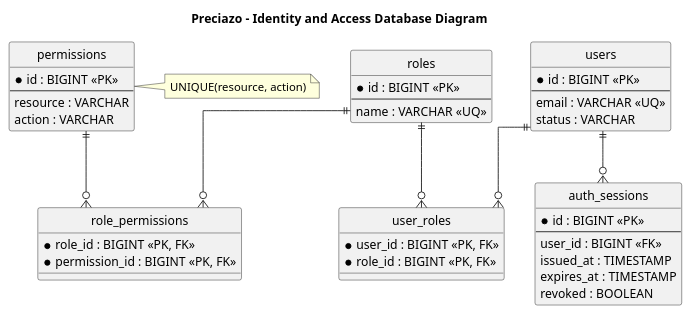
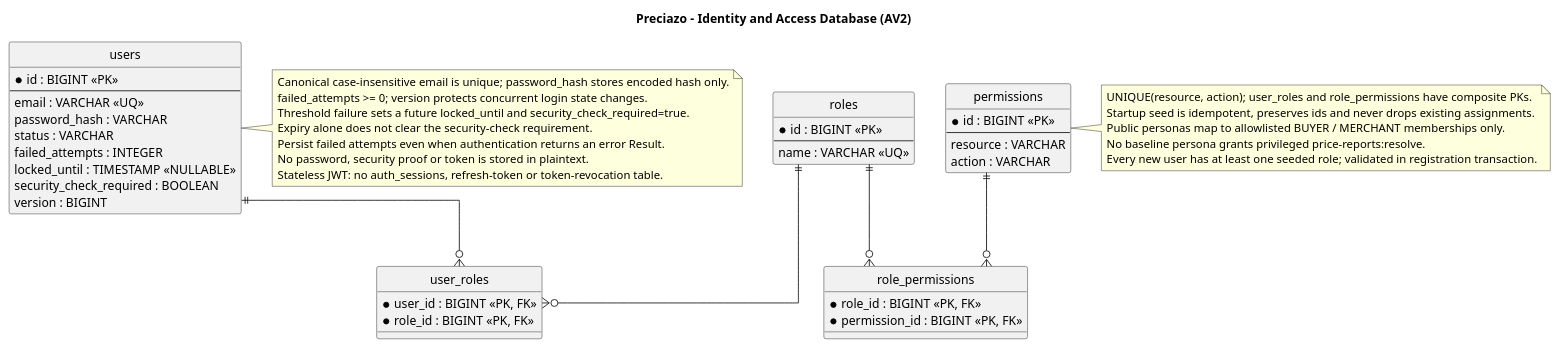
Before and after one commit to Open-Source-1ASI0729-2620-7750/preciazo-report: the diagram in docs/architecture/database/identity-access.puml, drawn with PlantUML. The commit also changed 13 other files, not shown here.

Commit message:
docs(identity): align authentication and access design

```diff
--- a/docs/architecture/database/identity-access.puml
+++ b/docs/architecture/database/identity-access.puml
@@ -1,57 +1,64 @@
 @startuml Preciazo_DB_Identity_Access
-
-title Preciazo - Identity and Access Database Diagram
-
+title Preciazo - Identity and Access Database (AV2)
 hide circle
 skinparam linetype ortho
 
 entity users {
     * id : BIGINT <<PK>>
     --
     email : VARCHAR <<UQ>>
+    password_hash : VARCHAR
     status : VARCHAR
+    failed_attempts : INTEGER
+    locked_until : TIMESTAMP <<NULLABLE>>
+    security_check_required : BOOLEAN
+    version : BIGINT
 }
 
 entity roles {
     * id : BIGINT <<PK>>
     --
     name : VARCHAR <<UQ>>
 }
 
 entity permissions {
     * id : BIGINT <<PK>>
     --
     resource : VARCHAR
     action : VARCHAR
 }
 
 entity user_roles {
     * user_id : BIGINT <<PK, FK>>
     * role_id : BIGINT <<PK, FK>>
 }
 
 entity role_permissions {
     * role_id : BIGINT <<PK, FK>>
     * permission_id : BIGINT <<PK, FK>>
 }
 
-entity auth_sessions {
-    * id : BIGINT <<PK>>
-    --
-    user_id : BIGINT <<FK>>
-    issued_at : TIMESTAMP
-    expires_at : TIMESTAMP
-    revoked : BOOLEAN
-}
-
 users ||--o{ user_roles
 roles ||--o{ user_roles
 roles ||--o{ role_permissions
 permissions ||--o{ role_permissions
-users ||--o{ auth_sessions
+
+note right of users
+  Canonical case-insensitive email is unique; password_hash stores encoded hash only.
+  failed_attempts >= 0; version protects concurrent login state changes.
+  Threshold failure sets a future locked_until and security_check_required=true.
+  Expiry alone does not clear the security-check requirement.
+  Persist failed attempts even when authentication returns an error Result.
+  No password, security proof or token is stored in plaintext.
+  Stateless JWT: no auth_sessions, refresh-token or token-revocation table.
+end note
 
 note right of permissions
-  UNIQUE(resource, action)
+  UNIQUE(resource, action); user_roles and role_permissions have composite PKs.
+  Startup seed is idempotent, preserves ids and never drops existing assignments.
+  Public personas map to allowlisted BUYER / MERCHANT memberships only.
+  No baseline persona grants privileged price-reports:resolve.
+  Every new user has at least one seeded role; validated in registration transaction.
 end note
 
 @enduml
```
